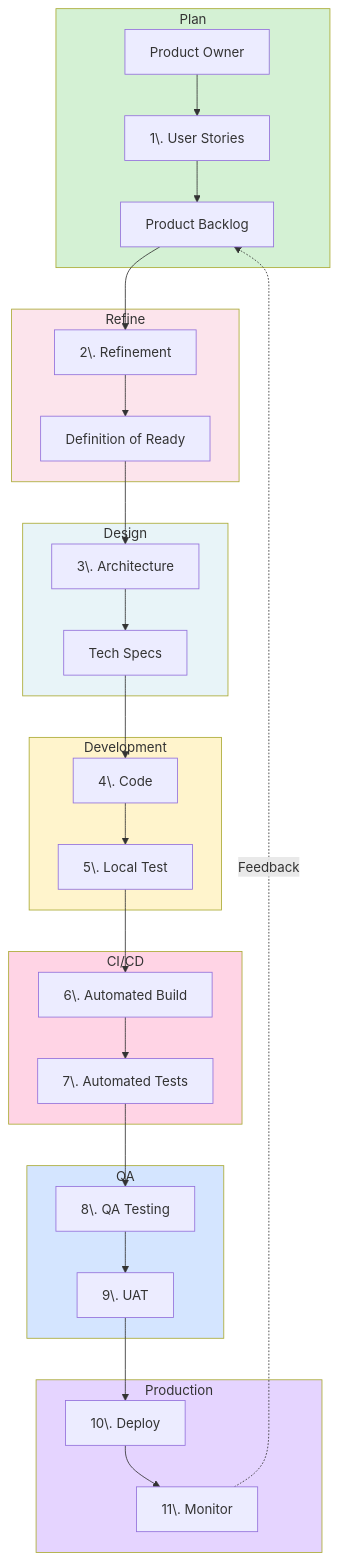
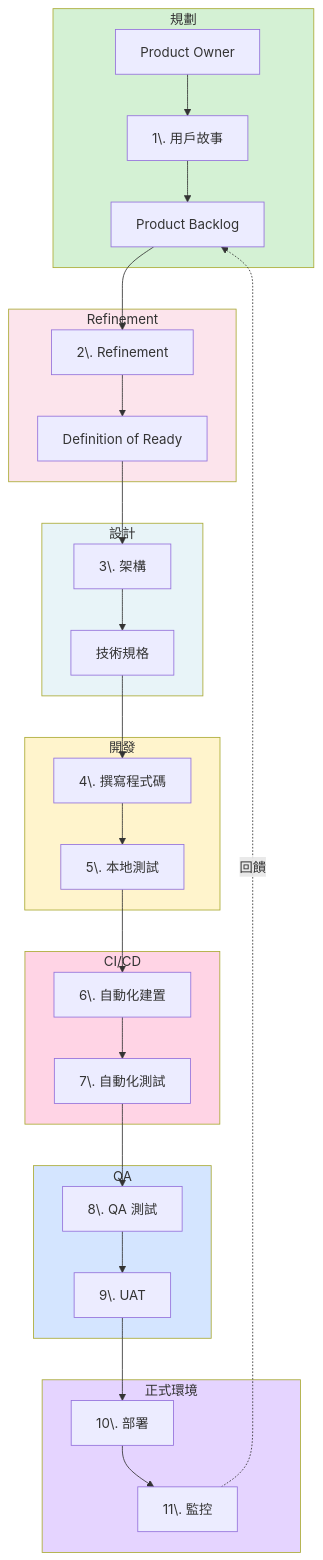
One commit to kero13ro/Code-Beyond changed the diagram in content/Software development process/1-1 Development Lifecycle.md. Above: the diagram before and after it, drawn with Mermaid. The commit also changed other lines of this file and 42 other files, not shown here.

````diff
--- a/content/Software development process/1-1 Development Lifecycle.md
+++ b/content/Software development process/1-1 Development Lifecycle.md
@@ -9,61 +16,61 @@
 ```mermaid
 graph TD
-    subgraph Plan[" Plan "]
+    subgraph Plan[" 規劃 "]
         PO[Product Owner]
-        Stories[1\. User Stories]
+        Stories[1\. 用戶故事]
         Backlog[Product Backlog]
         PO --> Stories --> Backlog
     end
 
-    subgraph Refine[" Refine "]
+    subgraph Refine[" Refinement "]
         Review[2\. Refinement]
         DoR[Definition of Ready]
         Review --> DoR
     end
 
-    subgraph Design[" Design "]
-        Arch[3\. Architecture]
-        Specs[Tech Specs]
+    subgraph Design[" 設計 "]
+        Arch[3\. 架構]
+        Specs[技術規格]
         Arch --> Specs
     end
 
-    subgraph Development[" Development "]
-        Dev[4\. Code]
-        Test[5\. Local Test]
+    subgraph Development[" 開發 "]
+        Dev[4\. 撰寫程式碼]
+        Test[5\. 本地測試]
         Dev --> Test
     end
 
     subgraph Build[" CI/CD "]
-        CI[6\. Automated Build]
-        AutoTest[7\. Automated Tests]
+        CI[6\. 自動化建置]
+        AutoTest[7\. 自動化測試]
         CI --> AutoTest
     end
 
     subgraph TestEnv[" QA "]
-        QA[8\. QA Testing]
+        QA[8\. QA 測試]
         UAT[9\. UAT]
         QA --> UAT
     end
 
-    subgraph Release[" Production "]
-        Deploy[10\. Deploy]
-        Monitor[11\. Monitor]
+    subgraph Release[" 正式環境 "]
+        Deploy[10\. 部署]
+        Monitor[11\. 監控]
         Deploy --> Monitor
     end
 
     Backlog --> Review
     DoR --> Arch
     Specs --> Dev
     Test --> CI
     AutoTest --> QA
     UAT --> Deploy
-    Monitor -.Feedback.-> Backlog
+    Monitor -.回饋.-> Backlog
 
     style Plan fill:#d4f1d4
     style Refine fill:#fce4ec
     style Design fill:#e8f4f8
     style Development fill:#fff4cc
     style Build fill:#ffd4e5
     style TestEnv fill:#d4e5ff
     style Release fill:#e5d4ff
 ```
````
